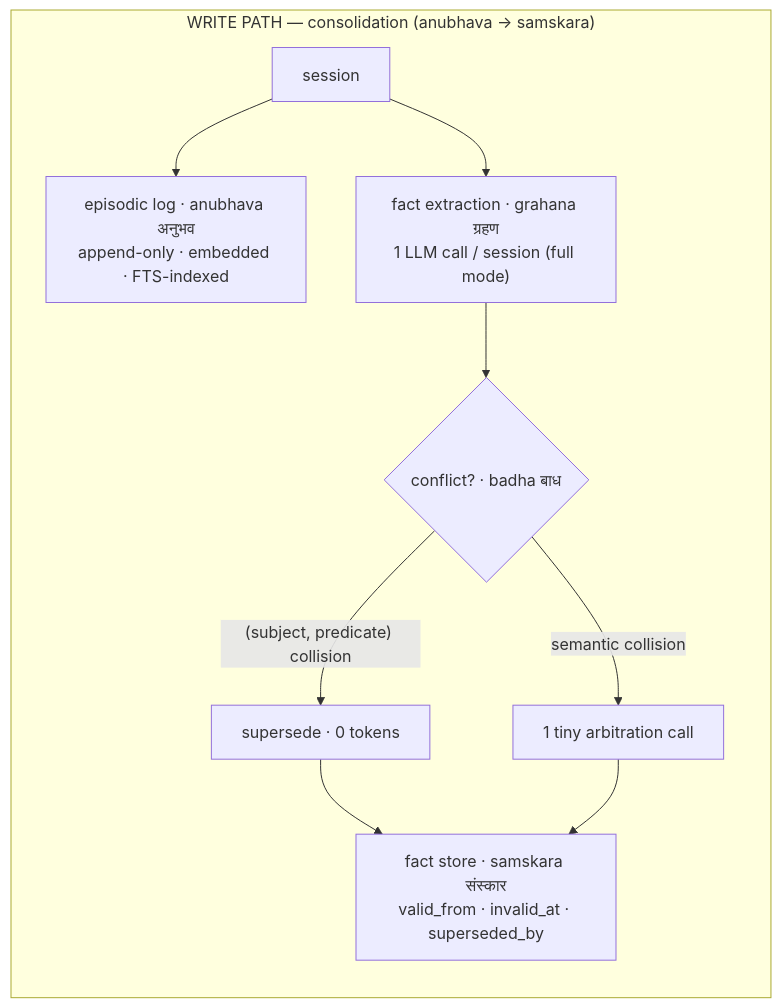
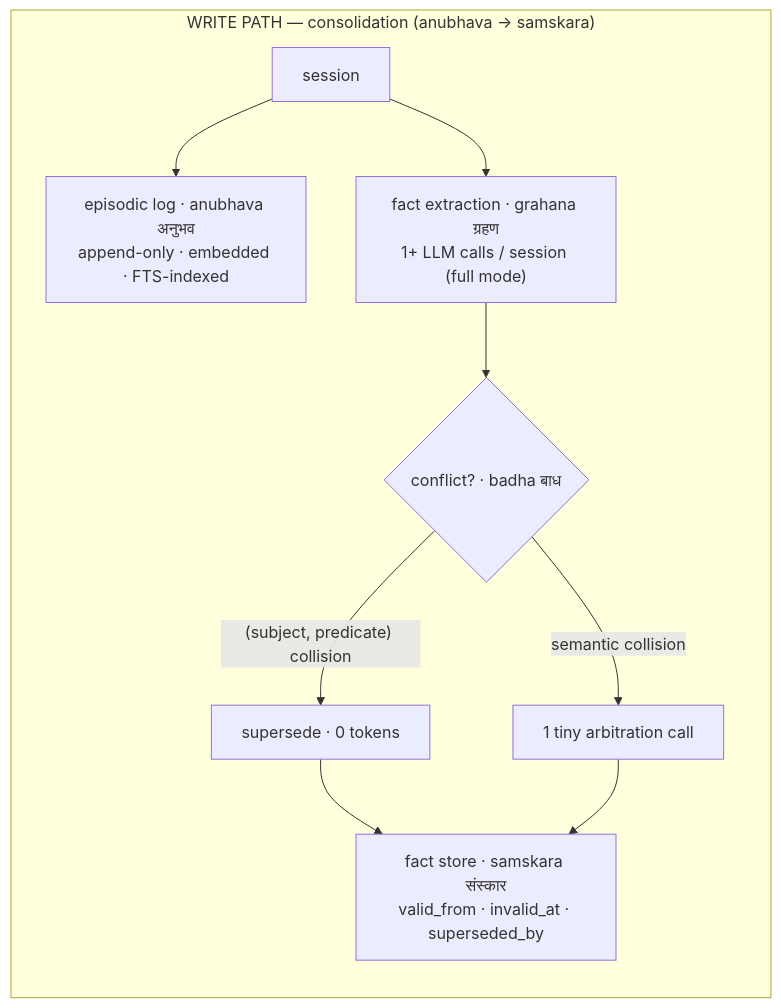
The first of 2 diagrams in README.md (vn-envy/Smriti), drawn with Mermaid before and after one commit. The commit also changed other lines of this file and 5 other files, not shown here.

````diff
--- a/README.md
+++ b/README.md
@@ -89,12 +89,12 @@
 ```mermaid
 flowchart LR
     subgraph WRITE ["WRITE PATH — consolidation (anubhava → samskara)"]
         S[session] --> E["episodic log · anubhava अनुभव<br/>append-only · embedded · FTS-indexed"]
-        S --> X["fact extraction · grahana ग्रहण<br/>1 LLM call / session (full mode)"]
+        S --> X["fact extraction · grahana ग्रहण<br/>1+ LLM calls / session (full mode)"]
         X --> B{"conflict? · badha बाध"}
         B -->|"(subject, predicate) collision"| SUP["supersede · 0 tokens"]
         B -->|semantic collision| ARB["1 tiny arbitration call"]
         SUP --> F["fact store · samskara संस्कार<br/>valid_from · invalid_at · superseded_by"]
         ARB --> F
     end
 ```
````
